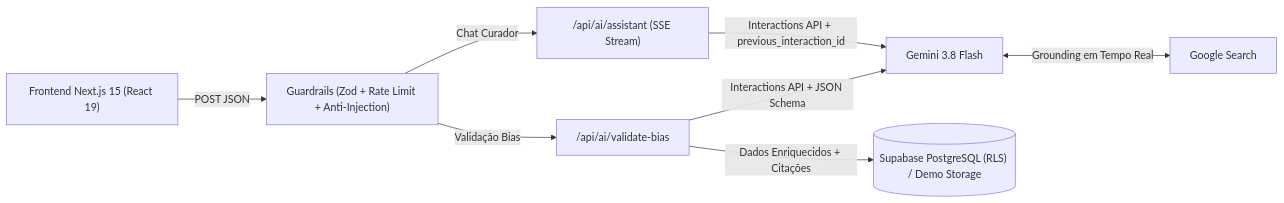
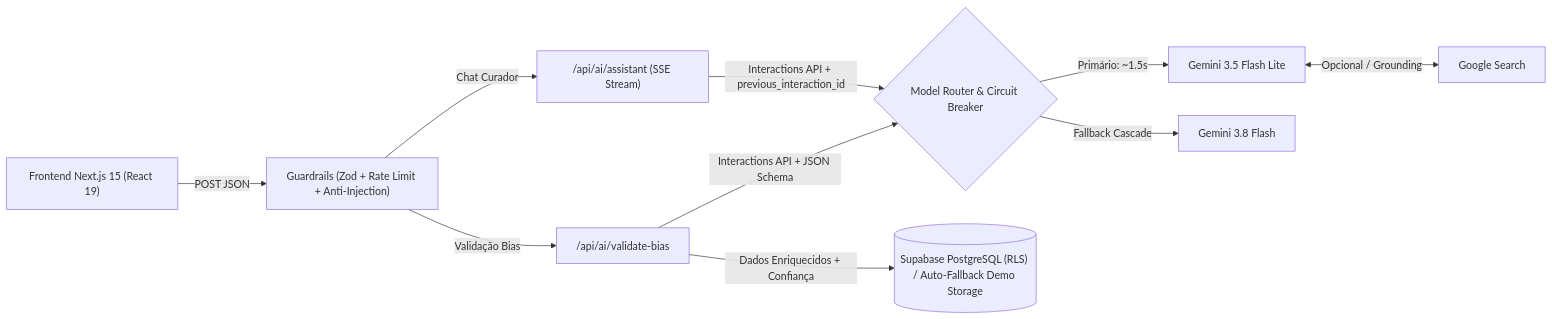
One commit to mendesRoberta/Nocturne---Kpop changed the diagram in README.md. Above: the diagram before and after it, drawn with Mermaid. The commit also changed other lines of this file and 1 other file, not shown here.

````diff
--- a/README.md
+++ b/README.md
@@ -34,10 +47,12 @@
 ```mermaid
 flowchart LR
     UI["Frontend Next.js 15 (React 19)"] -->|POST JSON| Guard["Guardrails (Zod + Rate Limit + Anti-Injection)"]
     Guard -->|Validação Bias| ValRoute["/api/ai/validate-bias"]
     Guard -->|Chat Curador| ChatRoute["/api/ai/assistant (SSE Stream)"]
-    ValRoute -->|Interactions API + JSON Schema| Gemini["Gemini 3.8 Flash"]
-    ChatRoute -->|Interactions API + previous_interaction_id| Gemini
-    Gemini <-->|Grounding em Tempo Real| Search["Google Search"]
-    ValRoute -->|Dados Enriquecidos + Citações| DB[("Supabase PostgreSQL (RLS) / Demo Storage")]
+    ValRoute -->|Interactions API + JSON Schema| Router{"Model Router & Circuit Breaker"}
+    ChatRoute -->|Interactions API + previous_interaction_id| Router
+    Router -->|Primário: ~1.5s| Lite["Gemini 3.5 Flash Lite"]
+    Router -->|Fallback Cascade| Flash["Gemini 3.8 Flash"]
+    Lite <-->|Opcional / Grounding| Search["Google Search"]
+    ValRoute -->|Dados Enriquecidos + Confiança| DB[("Supabase PostgreSQL (RLS) / Auto-Fallback Demo Storage")]
 ```
````
